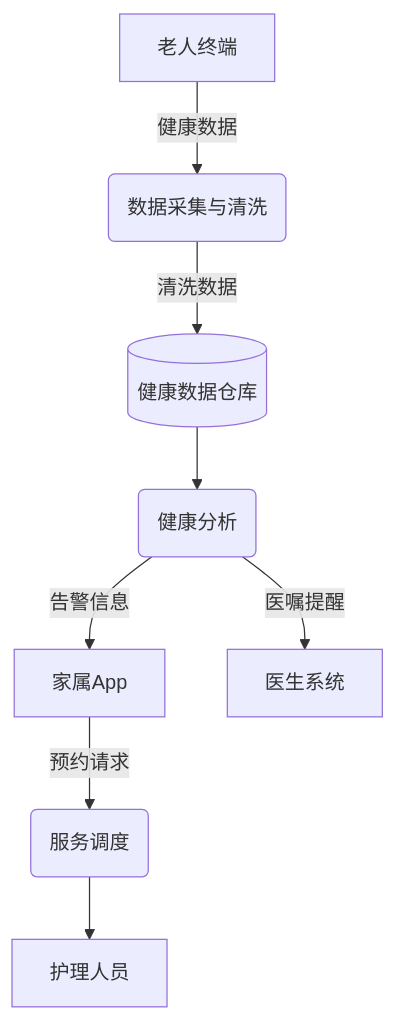
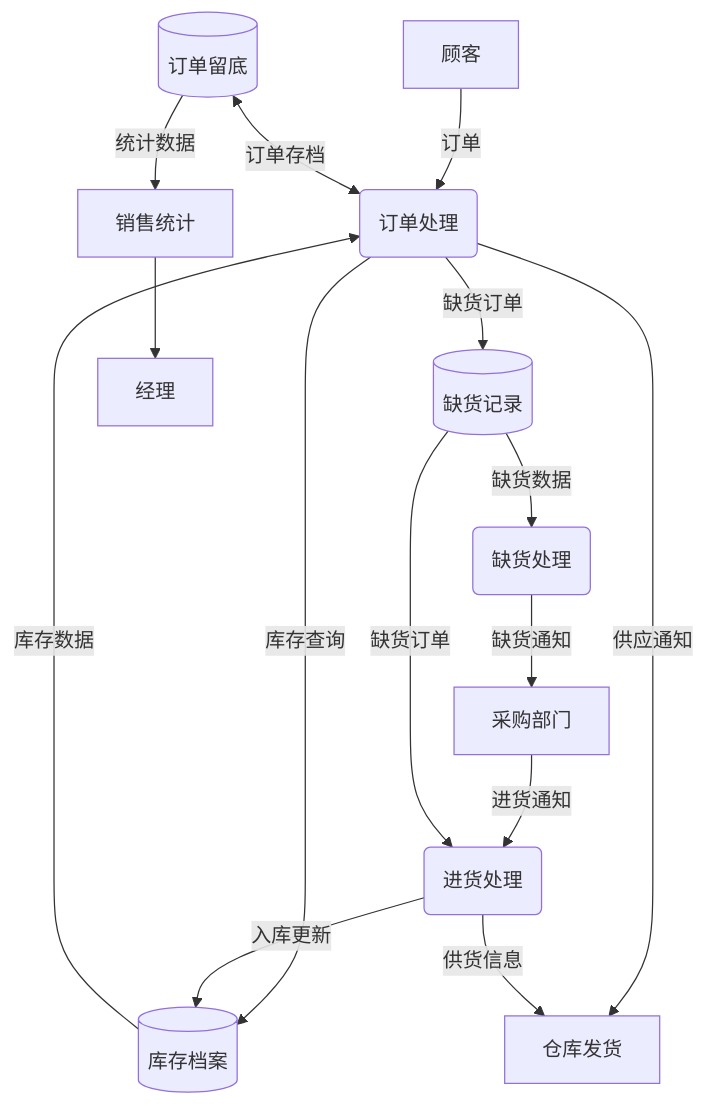
The third of 5 diagrams in 软件工程/结构化分析学习指南.md (guangxiangdebizi/Year3-Sem1-Computer-Science-Notes), drawn with Mermaid before and after one commit. The commit also changed other lines of this file and 4 other files, not shown here.

````diff
--- a/软件工程/结构化分析学习指南.md
+++ b/软件工程/结构化分析学习指南.md
@@ -74,10 +74,17 @@
 ```mermaid
 graph TD
-    Elder[老人终端] -->|健康数据| Process1(数据采集与清洗)
-    Process1 -->|清洗数据| Store1[(健康数据仓库)]
-    Store1 --> Process2(健康分析)
-    Process2 -->|告警信息| Family[家属App]
-    Process2 -->|医嘱提醒| Doctor[医生系统]
-    Family -->|预约请求| Process3(服务调度)
-    Process3 --> Nurse[护理人员]
+    Customer[顾客] -->|订单| P1(订单处理)
+    P1 -->|库存查询| Store1[(库存档案)]
+    Store1 -->|库存数据| P1
+    P1 -->|供应通知| Warehouse[仓库发货]
+    P1 -->|缺货订单| Store2[(缺货记录)]
+    Store2 -->|缺货数据| P2(缺货处理)
+    P2 -->|缺货通知| Procurement[采购部门]
+    Procurement -->|进货通知| P3(进货处理)
+    P3 -->|入库更新| Store1
+    Store2 -->|缺货订单| P3
+    P3 -->|供货信息| Warehouse
+    Store3[(订单留底)] <-->|订单存档| P1
+    Store3 -->|统计数据| ManagerReport[销售统计]
+    ManagerReport --> Manager[经理]
 ```
````
